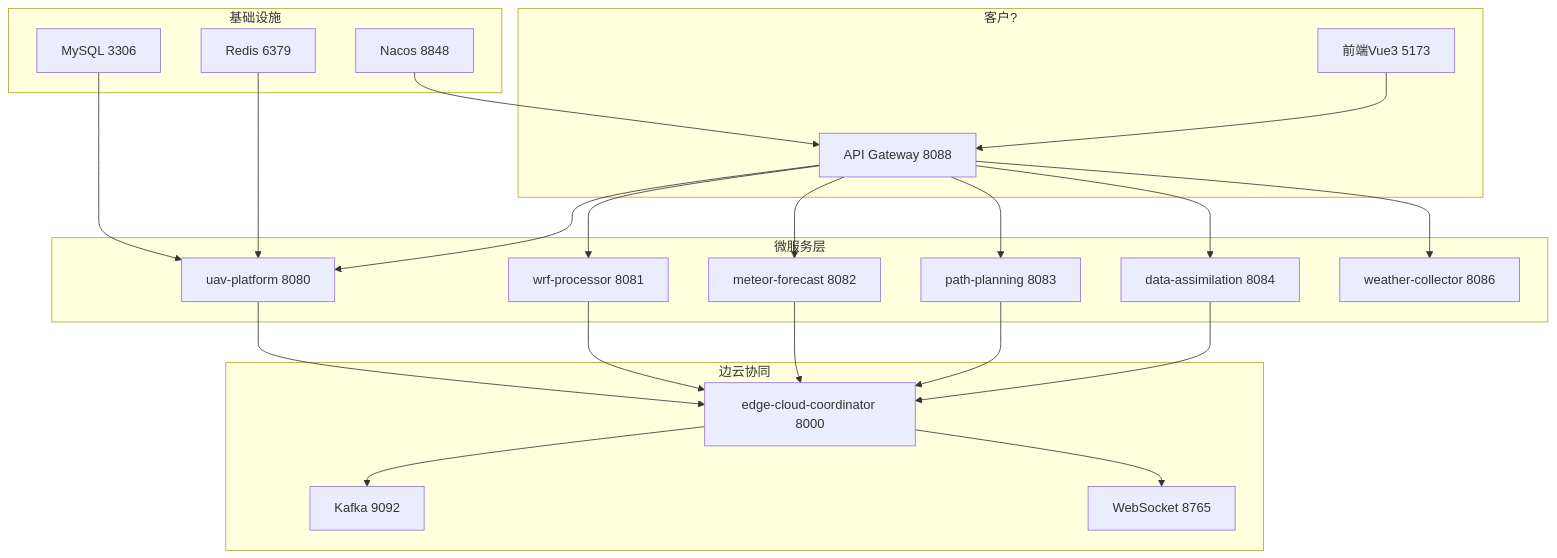
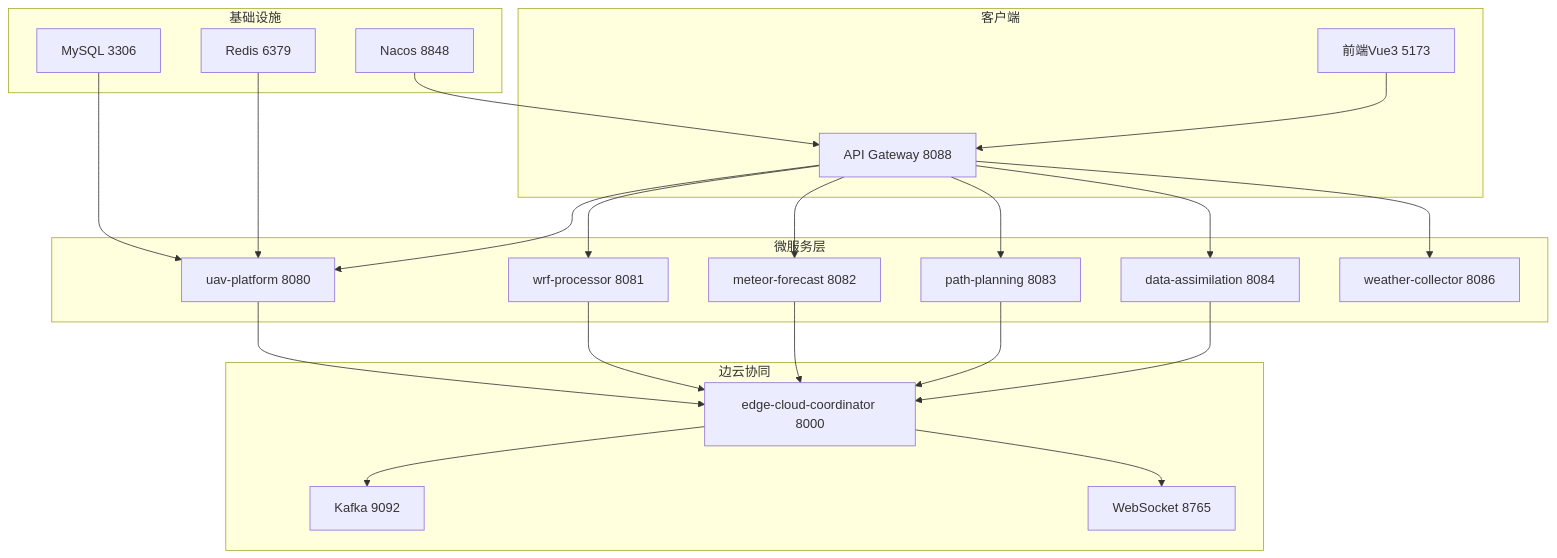
One commit to 602420232-dotcom/weather changed the diagram in docs/deployment/DEPLOY_GUIDE.md. Above: the diagram before and after it, drawn with Mermaid. The commit also changed other lines of this file and 143 other files, not shown here.

````diff
--- a/docs/deployment/DEPLOY_GUIDE.md
+++ b/docs/deployment/DEPLOY_GUIDE.md
@@ -18,28 +18,28 @@
 ```mermaid
 graph TB
-    subgraph 客户?
+    subgraph 客户端
         A[前端Vue3 5173] --> B[API Gateway 8088]
     end
     subgraph 微服务层
         B --> C[uav-platform 8080]
         B --> D[wrf-processor 8081]
         B --> E[meteor-forecast 8082]
         B --> F[path-planning 8083]
         B --> G[data-assimilation 8084]
         B --> H[weather-collector 8086]
     end
     subgraph 边云协同
         I[edge-cloud-coordinator 8000] --> J[Kafka 9092]
         I --> K[WebSocket 8765]
     end
     subgraph 基础设施
         L[MySQL 3306] --> C
         M[Redis 6379] --> C
         N[Nacos 8848] --> B
     end
     C --> I
     D --> I
     E --> I
     F --> I
     G --> I
 ```
````
